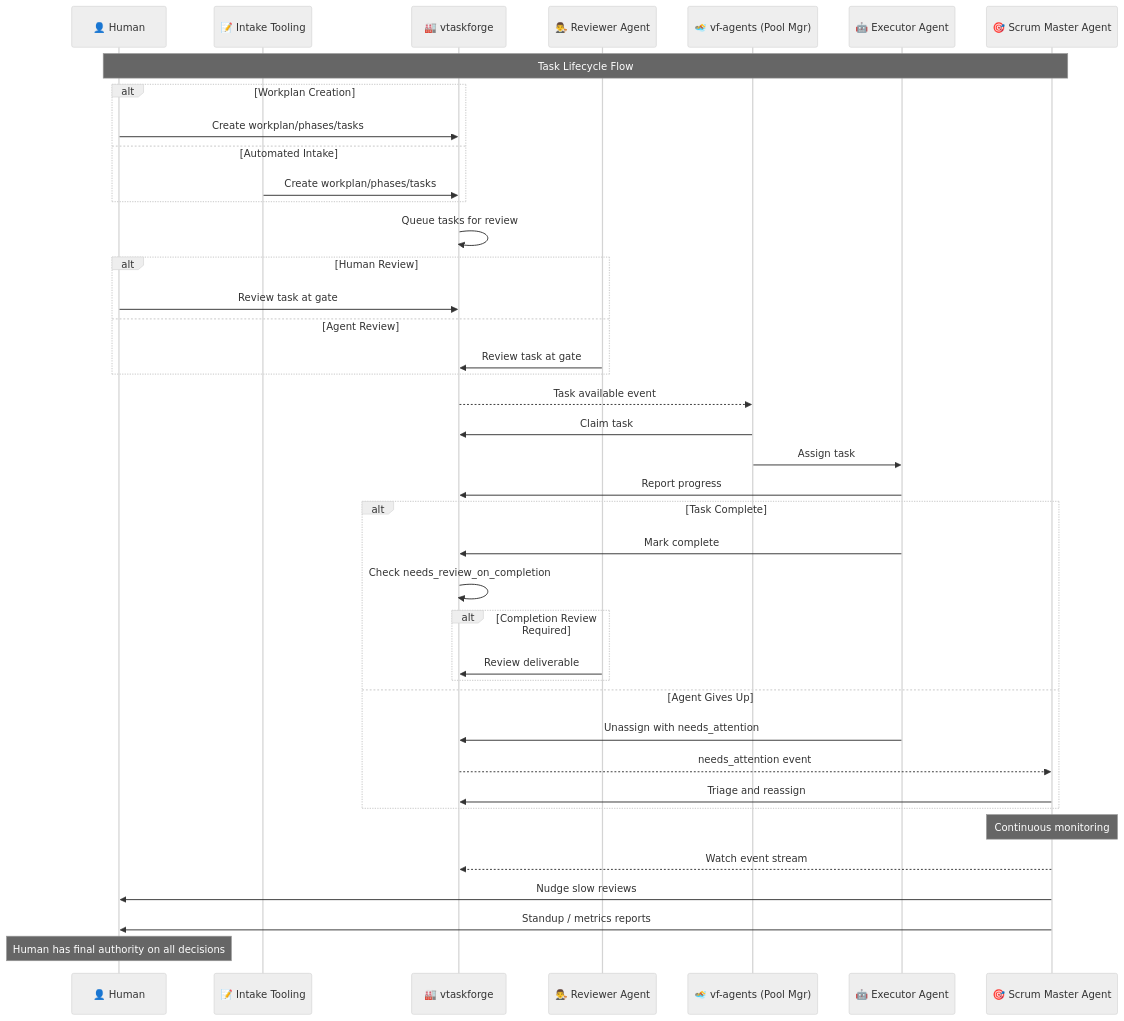
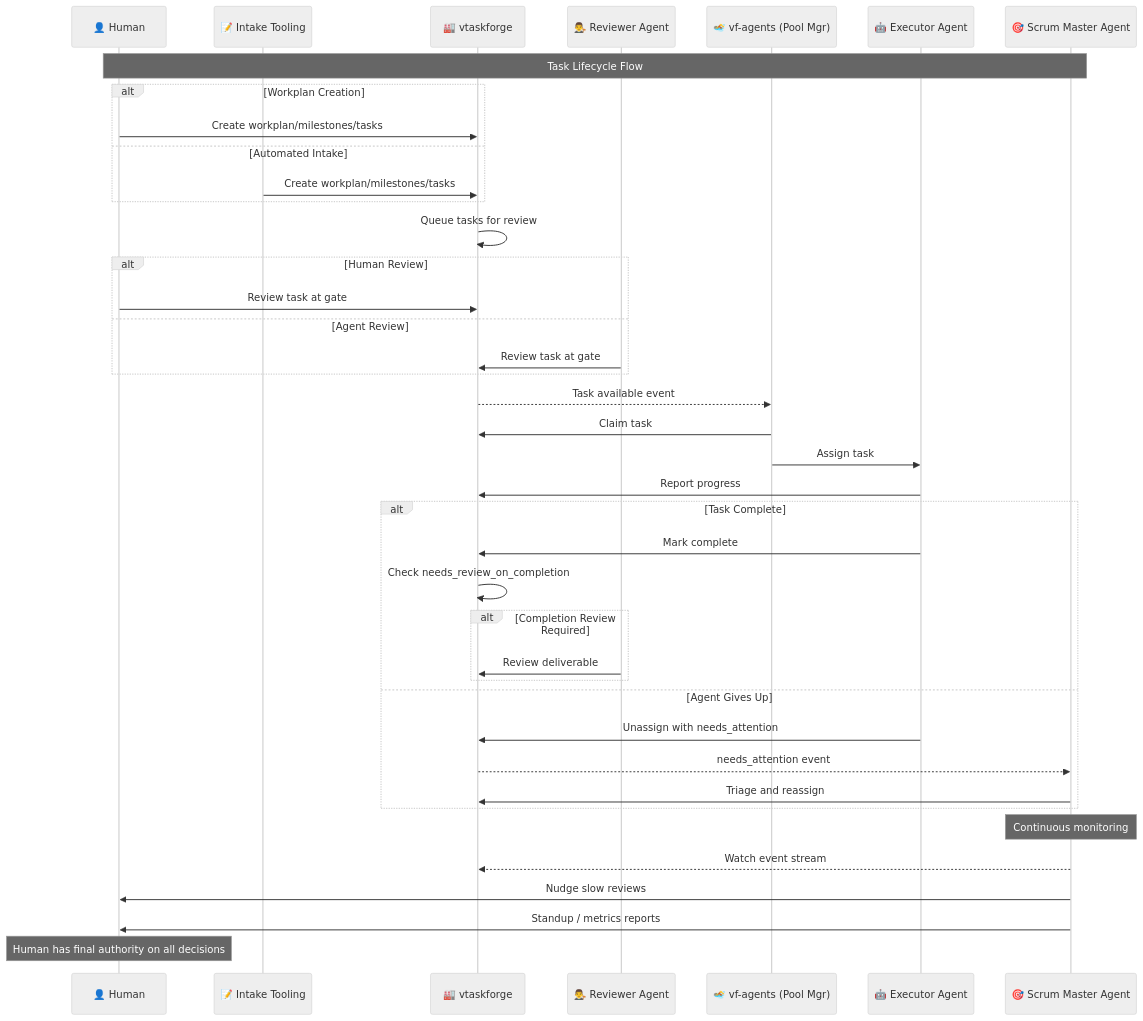
The sixth of 6 diagrams in docs/design/actor-model-DESIGN.md (vilosource/vtaskforge), drawn with Mermaid before and after one commit. The commit also changed other lines of this file and 19 other files, not shown here.

````diff
--- a/docs/design/actor-model-DESIGN.md
+++ b/docs/design/actor-model-DESIGN.md
@@ -411,63 +411,63 @@
 ```mermaid
 %%{init: {
   "theme": "neutral",
   "themeVariables": {
     "primaryColor": "#ff6b6b",
     "primaryTextColor": "#000",
     "primaryBorderColor": "#ff4757",
     "lineColor": "#5f27cd",
     "secondaryColor": "#00d2d3",
     "tertiaryColor": "#ff9ff3"
   }
 }}%%
 
 sequenceDiagram
     participant H as 👤 Human
     participant IT as 📝 Intake Tooling
     participant VT as 🏭 vtaskforge
     participant RA as 👨‍⚖️ Reviewer Agent
     participant PM as 🏊 vf-agents (Pool Mgr)
     participant EA as 🤖 Executor Agent
     participant SM as 🎯 Scrum Master Agent
 
     Note over H,SM: Task Lifecycle Flow
 
     alt Workplan Creation
-        H->>VT: Create workplan/phases/tasks
+        H->>VT: Create workplan/milestones/tasks
     else Automated Intake
-        IT->>VT: Create workplan/phases/tasks
+        IT->>VT: Create workplan/milestones/tasks
     end
 
     VT->>VT: Queue tasks for review
 
     alt Human Review
         H->>VT: Review task at gate
     else Agent Review
         RA->>VT: Review task at gate
     end
 
     VT-->>PM: Task available event
     PM->>VT: Claim task
     PM->>EA: Assign task
 
     EA->>VT: Report progress
 
     alt Task Complete
         EA->>VT: Mark complete
         VT->>VT: Check needs_review_on_completion
         alt Completion Review Required
             RA->>VT: Review deliverable
         end
     else Agent Gives Up
         EA->>VT: Unassign with needs_attention
         VT-->>SM: needs_attention event
         SM->>VT: Triage and reassign
     end
 
     Note over SM: Continuous monitoring
     SM-->>VT: Watch event stream
     SM->>H: Nudge slow reviews
     SM->>H: Standup / metrics reports
 
     Note over H: Human has final authority on all decisions
 ```
````
